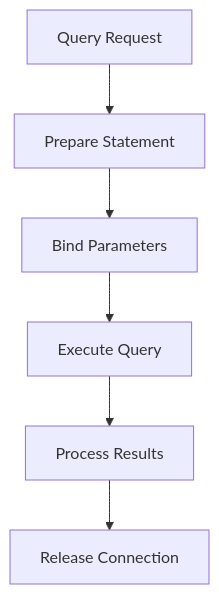
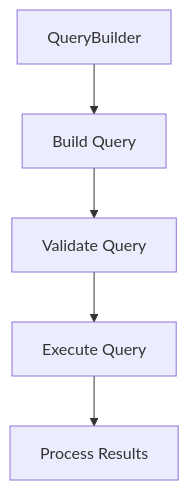
One commit to secure73/gemvc changed the second of 3 diagrams in docs/core/database-architecture.md. Above: the diagram before and after it, drawn with Mermaid. The commit also changed other lines of this file, not shown here.

````diff
--- a/docs/core/database-architecture.md
+++ b/docs/core/database-architecture.md
@@ -122,8 +146,7 @@
 ```mermaid
 graph TD
-    A[Query Request] --> B[Prepare Statement]
-    B --> C[Bind Parameters]
+    A[QueryBuilder] --> B[Build Query]
+    B --> C[Validate Query]
     C --> D[Execute Query]
     D --> E[Process Results]
-    E --> F[Release Connection]
 ```
````
